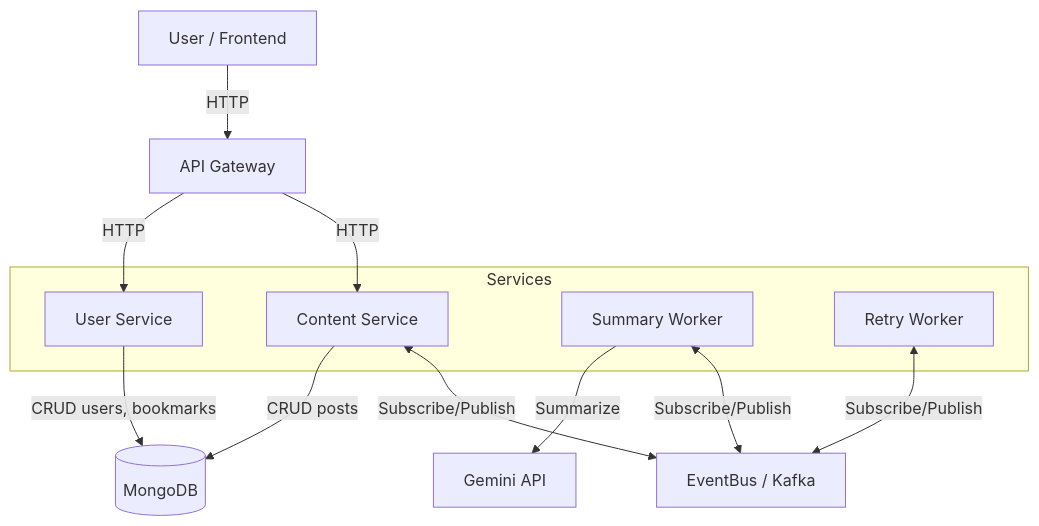
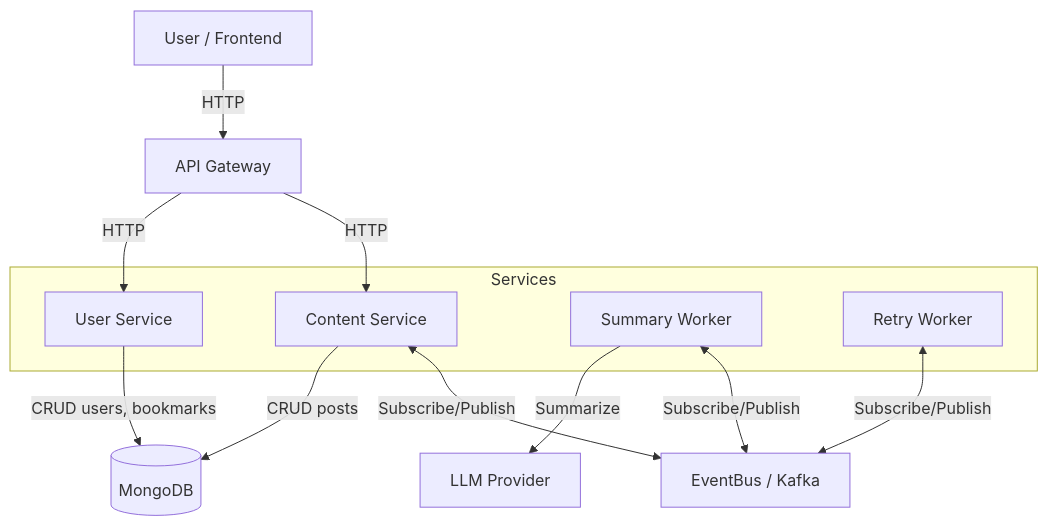
The first of 2 diagrams in README.md (TechLetter/tech-letter), drawn with Mermaid before and after one commit. The commit also changed other lines of this file and 4 other files, not shown here.

````diff
--- a/README.md
+++ b/README.md
@@ -45,24 +45,24 @@
 ```mermaid
 flowchart TB
     Client[User / Frontend] -->|HTTP| API[API Gateway]
     API -->|HTTP| CS[Content Service]
     API -->|HTTP| US[User Service]
 
     subgraph Services
         CS
         US
         SW[Summary Worker]
         RW[Retry Worker]
     end
 
     CS <-->|Subscribe/Publish| EB[EventBus / Kafka]
     SW <-->|Subscribe/Publish| EB
     RW <-->|Subscribe/Publish| EB
 
     %% DB 노드 모양을 관계 설정보다 먼저 명시하여 파싱 오류 방지
     DB[(MongoDB)]
 
     CS -->|CRUD posts| DB
     US -->|CRUD users, bookmarks| DB
-    SW -->|Summarize| LLM[Gemini API]
+    SW -->|Summarize| LLM[LLM Provider]
 ```
````
